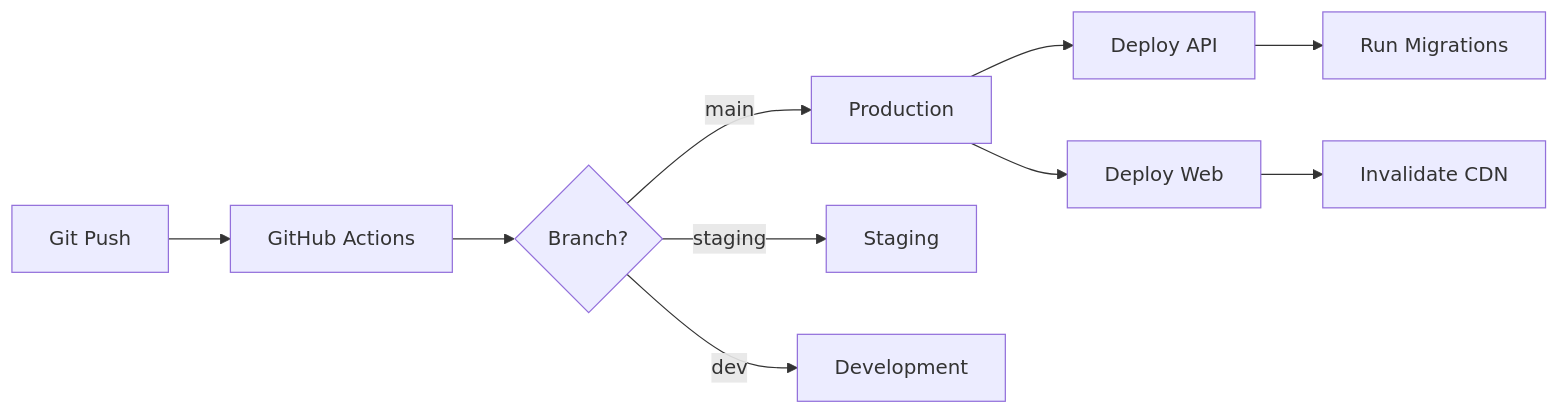
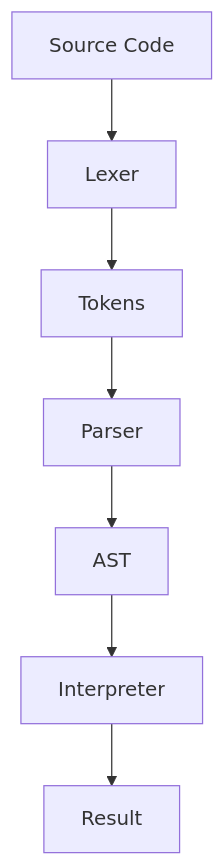
One commit to runkids/claude-skill-registry changed the first of 6 diagrams in skills/data/mermaid-diagrams/SKILL.md. Above: the diagram before and after it, drawn with Mermaid. The commit also changed other lines of this file and 17994 other files, not shown here.

````diff
--- a/skills/data/mermaid-diagrams/SKILL.md
+++ b/skills/data/mermaid-diagrams/SKILL.md
@@ -405,12 +11,9 @@
 ```mermaid
-flowchart LR
-    A[Git Push] --> B[GitHub Actions]
-    B --> C{Branch?}
-    C -->|main| D[Production]
-    C -->|staging| E[Staging]
-    C -->|dev| F[Development]
-    D --> G[Deploy API]
-    D --> H[Deploy Web]
-    G --> I[Run Migrations]
-    H --> J[Invalidate CDN]
+flowchart TD
+    A[Source Code] --> B[Lexer]
+    B --> C[Tokens]
+    C --> D[Parser]
+    D --> E[AST]
+    E --> F[Interpreter]
+    F --> G[Result]
 ```
````
